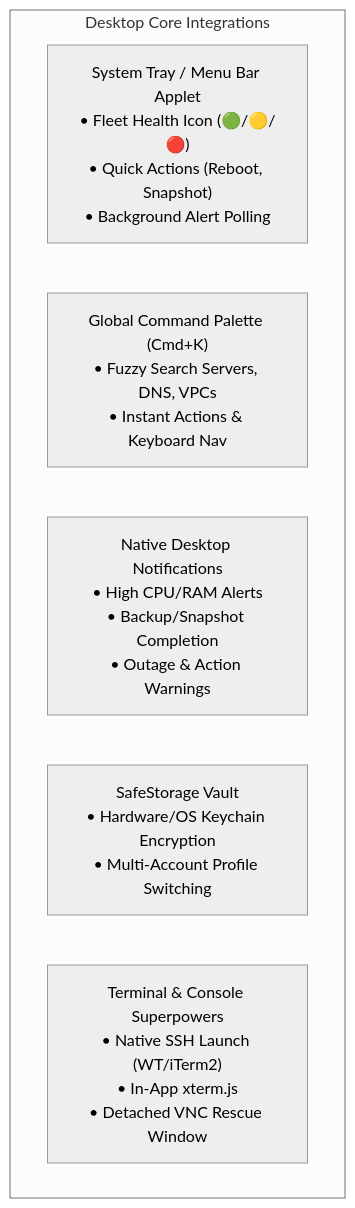
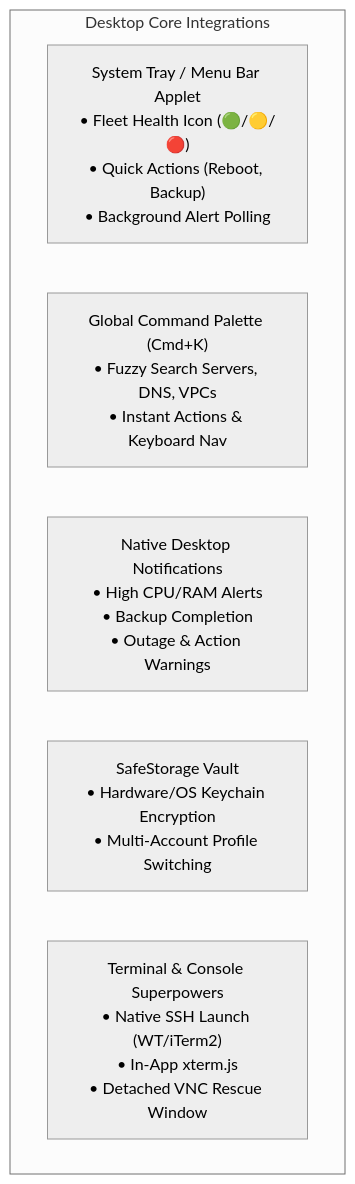
The second of 2 diagrams in REQUIREMENTS.md (01ax/bldesk), drawn with Mermaid (neutral theme) before and after one commit. The commit also changed other lines of this file and 3 other files, not shown here.

First line of the commit message:
docs: say backup, not snapshot

````diff
--- a/REQUIREMENTS.md
+++ b/REQUIREMENTS.md
@@ -223,10 +222,10 @@
 ```mermaid
 graph TD
     subgraph "Desktop Core Integrations"
-        Tray["System Tray / Menu Bar Applet<br/>• Fleet Health Icon (🟢/🟡/🔴)<br/>• Quick Actions (Reboot, Snapshot)<br/>• Background Alert Polling"]
+        Tray["System Tray / Menu Bar Applet<br/>• Fleet Health Icon (🟢/🟡/🔴)<br/>• Quick Actions (Reboot, Backup)<br/>• Background Alert Polling"]
         Palette["Global Command Palette (Cmd+K)<br/>• Fuzzy Search Servers, DNS, VPCs<br/>• Instant Actions & Keyboard Nav"]
-        Notify["Native Desktop Notifications<br/>• High CPU/RAM Alerts<br/>• Backup/Snapshot Completion<br/>• Outage & Action Warnings"]
+        Notify["Native Desktop Notifications<br/>• High CPU/RAM Alerts<br/>• Backup Completion<br/>• Outage & Action Warnings"]
         Vault["SafeStorage Vault<br/>• Hardware/OS Keychain Encryption<br/>• Multi-Account Profile Switching"]
         Terminal["Terminal & Console Superpowers<br/>• Native SSH Launch (WT/iTerm2)<br/>• In-App xterm.js<br/>• Detached VNC Rescue Window"]
     end
 ```
````
